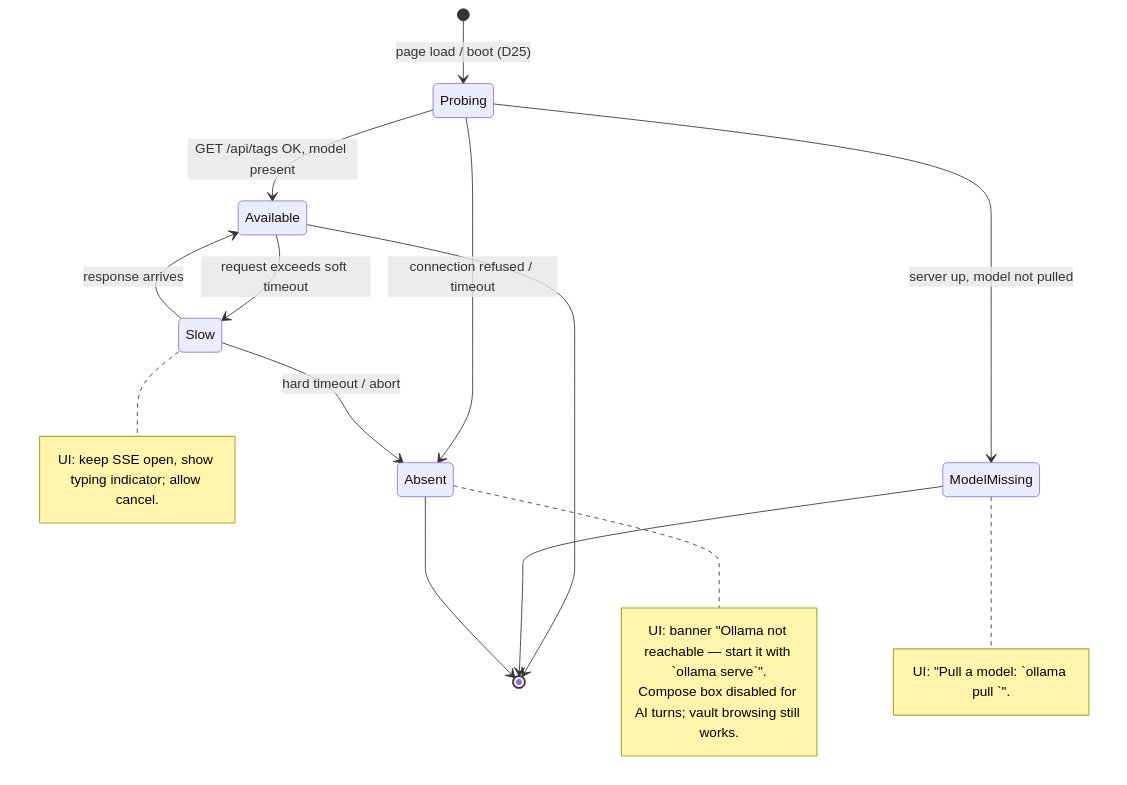
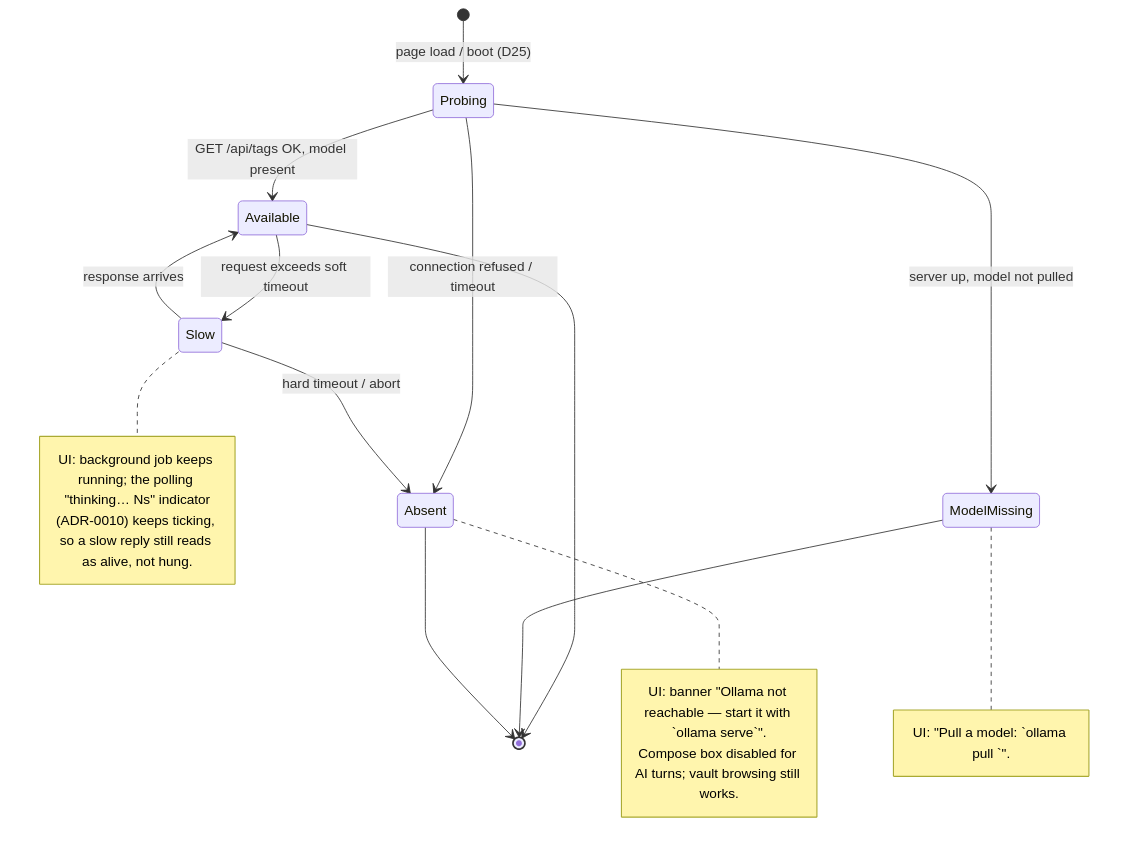
Before and after one commit to jasdian/idea-vault: the third of 4 diagrams in docs/05-ai-integration.md, drawn with Mermaid. The commit also changed other lines of this file and 19 other files, not shown here.

````diff
--- a/docs/05-ai-integration.md
+++ b/docs/05-ai-integration.md
@@ -113,26 +154,27 @@
 ```mermaid
 stateDiagram-v2
     [*] --> Probing: page load / boot (D25)
     Probing --> Available: GET /api/tags OK, model present
     Probing --> ModelMissing: server up, model not pulled
     Probing --> Absent: connection refused / timeout
 
     Available --> Slow: request exceeds soft timeout
     Slow --> Available: response arrives
     Slow --> Absent: hard timeout / abort
 
     Available --> [*]
     ModelMissing --> [*]
     Absent --> [*]
 
     note right of Absent
         UI: banner "Ollama not reachable — start it with `ollama serve`".
         Compose box disabled for AI turns; vault browsing still works.
     end note
     note right of ModelMissing
         UI: "Pull a model: `ollama pull <model>`".
     end note
     note right of Slow
-        UI: keep SSE open, show typing indicator; allow cancel.
+        UI: background job keeps running; the polling "thinking… Ns" indicator
+        (ADR-0010) keeps ticking, so a slow reply still reads as alive, not hung.
     end note
 ```
````
